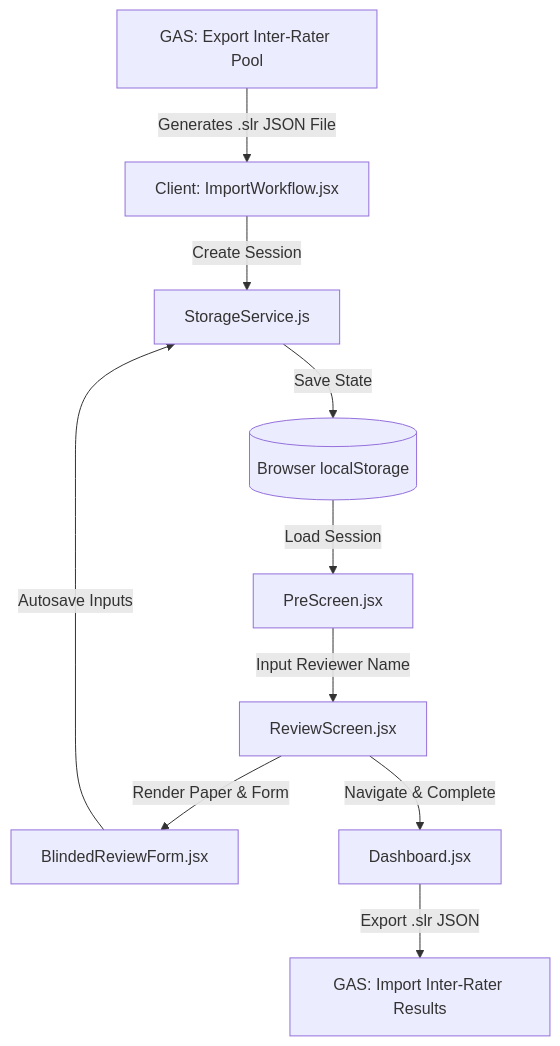
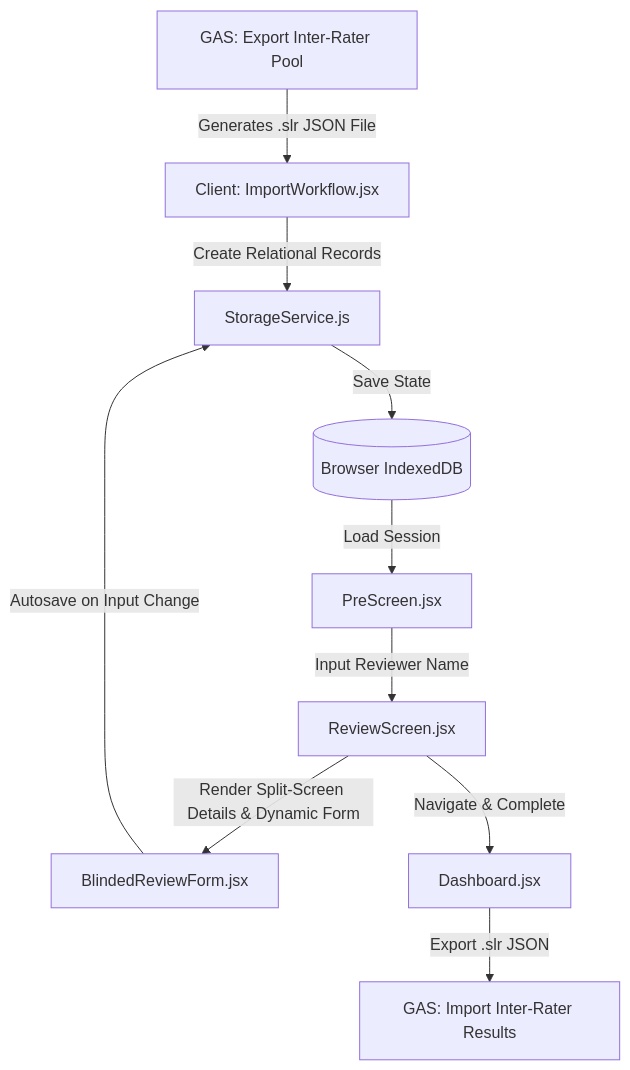
One commit to iwas108/SLR-Magic changed the diagram in inter-rater/architecture.md. Above: the diagram before and after it, drawn with Mermaid. The commit also changed other lines of this file and 14 other files, not shown here.

````diff
--- a/inter-rater/architecture.md
+++ b/inter-rater/architecture.md
@@ -17,12 +17,12 @@
 ```mermaid
 graph TD
     A[GAS: Export Inter-Rater Pool] -->|Generates .slr JSON File| B[Client: ImportWorkflow.jsx]
-    B -->|Create Session| C[StorageService.js]
-    C -->|Save State| D[(Browser localStorage)]
+    B -->|Create Relational Records| C[StorageService.js]
+    C -->|Save State| D[(Browser IndexedDB)]
     D -->|Load Session| E[PreScreen.jsx]
     E -->|Input Reviewer Name| F[ReviewScreen.jsx]
-    F -->|Render Paper & Form| G[BlindedReviewForm.jsx]
-    G -->|Autosave Inputs| C
+    F -->|Render Split-Screen Details & Dynamic Form| G[BlindedReviewForm.jsx]
+    G -->|Autosave on Input Change| C
     F -->|Navigate & Complete| H[Dashboard.jsx]
     H -->|Export .slr JSON| I[GAS: Import Inter-Rater Results]
 ```
````
